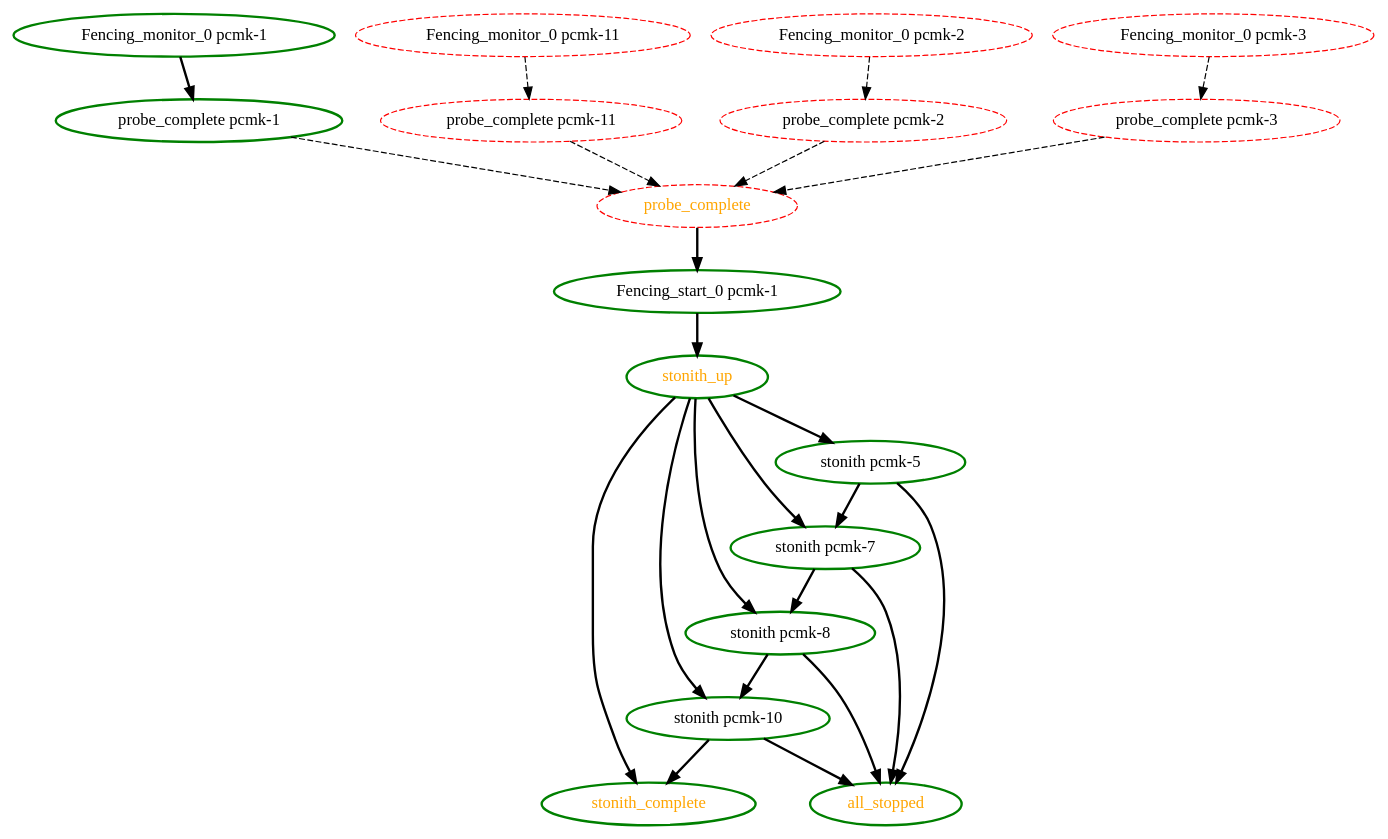
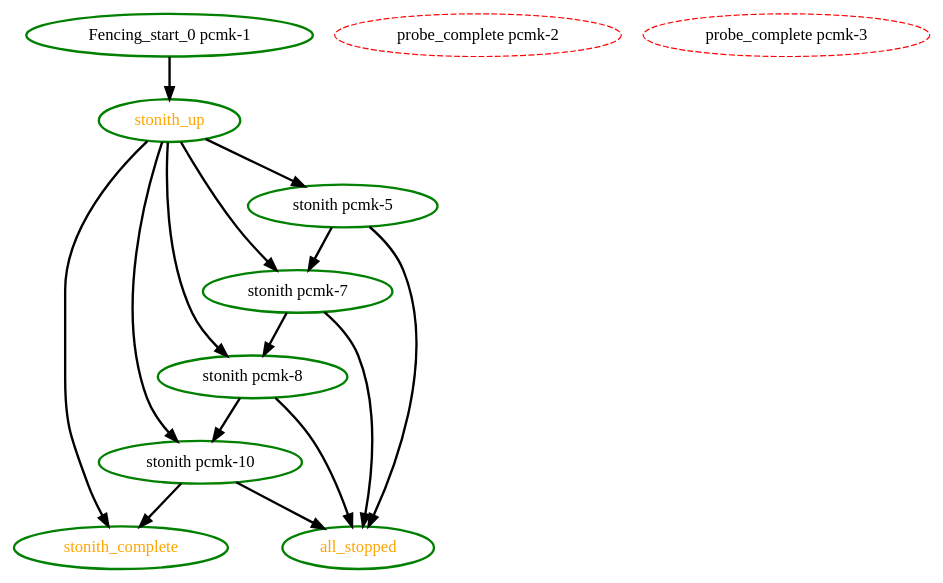
The diagram in pengine/test10/stonith-4.dot (ClusterLabs/pacemaker), drawn with Graphviz before and after one commit. The commit also changed 8 other files, not shown here.

```diff
--- a/pengine/test10/stonith-4.dot
+++ b/pengine/test10/stonith-4.dot
@@ -1,42 +1,26 @@
 digraph "g" {
-"Fencing_monitor_0 pcmk-1" -> "probe_complete pcmk-1" [ style = bold]
-"Fencing_monitor_0 pcmk-1" [ style=bold color="green" fontcolor="black"]
-"Fencing_monitor_0 pcmk-11" -> "probe_complete pcmk-11" [ style = dashed]
-"Fencing_monitor_0 pcmk-11" [ style=dashed color="red" fontcolor="black"]
-"Fencing_monitor_0 pcmk-2" -> "probe_complete pcmk-2" [ style = dashed]
-"Fencing_monitor_0 pcmk-2" [ style=dashed color="red" fontcolor="black"]
-"Fencing_monitor_0 pcmk-3" -> "probe_complete pcmk-3" [ style = dashed]
-"Fencing_monitor_0 pcmk-3" [ style=dashed color="red" fontcolor="black"]
 "Fencing_start_0 pcmk-1" -> "stonith_up" [ style = bold]
 "Fencing_start_0 pcmk-1" [ style=bold color="green" fontcolor="black"]
 "all_stopped" [ style=bold color="green" fontcolor="orange"]
-"probe_complete pcmk-1" -> "probe_complete" [ style = dashed]
-"probe_complete pcmk-1" [ style=bold color="green" fontcolor="black"]
-"probe_complete pcmk-11" -> "probe_complete" [ style = dashed]
-"probe_complete pcmk-11" [ style=dashed color="red" fontcolor="black"]
-"probe_complete pcmk-2" -> "probe_complete" [ style = dashed]
 "probe_complete pcmk-2" [ style=dashed color="red" fontcolor="black"]
-"probe_complete pcmk-3" -> "probe_complete" [ style = dashed]
 "probe_complete pcmk-3" [ style=dashed color="red" fontcolor="black"]
-"probe_complete" -> "Fencing_start_0 pcmk-1" [ style = bold]
-"probe_complete" [ style=dashed color="red" fontcolor="orange"]
 "stonith pcmk-10" -> "all_stopped" [ style = bold]
 "stonith pcmk-10" -> "stonith_complete" [ style = bold]
 "stonith pcmk-10" [ style=bold color="green" fontcolor="black"]
 "stonith pcmk-5" -> "all_stopped" [ style = bold]
 "stonith pcmk-5" -> "stonith pcmk-7" [ style = bold]
 "stonith pcmk-5" [ style=bold color="green" fontcolor="black"]
 "stonith pcmk-7" -> "all_stopped" [ style = bold]
 "stonith pcmk-7" -> "stonith pcmk-8" [ style = bold]
 "stonith pcmk-7" [ style=bold color="green" fontcolor="black"]
 "stonith pcmk-8" -> "all_stopped" [ style = bold]
 "stonith pcmk-8" -> "stonith pcmk-10" [ style = bold]
 "stonith pcmk-8" [ style=bold color="green" fontcolor="black"]
 "stonith_complete" [ style=bold color="green" fontcolor="orange"]
 "stonith_up" -> "stonith pcmk-10" [ style = bold]
 "stonith_up" -> "stonith pcmk-5" [ style = bold]
 "stonith_up" -> "stonith pcmk-7" [ style = bold]
 "stonith_up" -> "stonith pcmk-8" [ style = bold]
 "stonith_up" -> "stonith_complete" [ style = bold]
 "stonith_up" [ style=bold color="green" fontcolor="orange"]
 }
```
